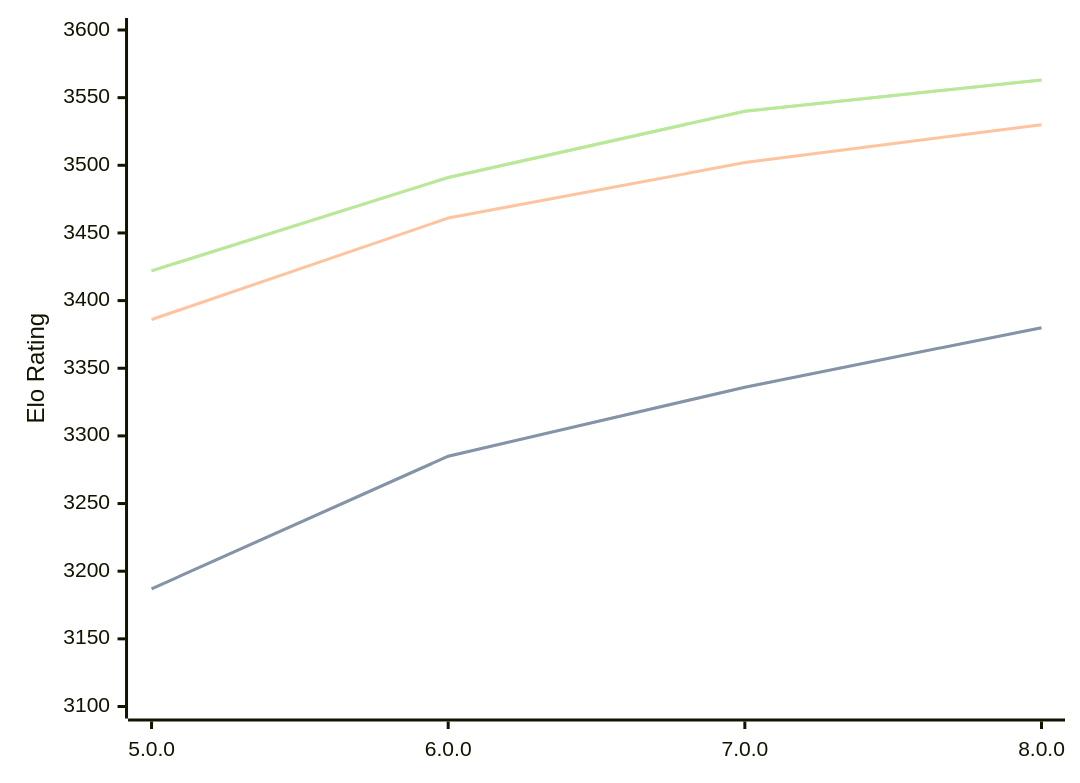
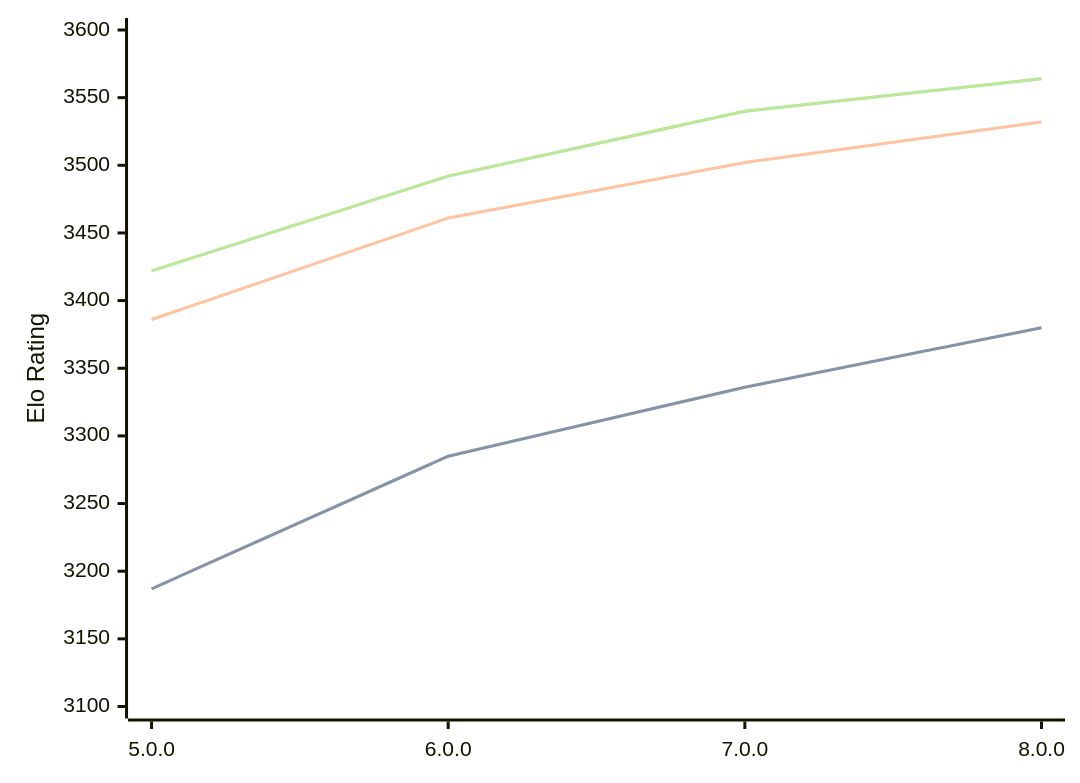
The diagram in engines/Stormphrax.md (computer-chess-index/cci), drawn with Mermaid before and after one commit. The commit also changed other lines of this file, not shown here.

Commit message:
Update CCI Ratings (ELO VLTC) - 2026-07-19

````diff
--- a/engines/Stormphrax.md
+++ b/engines/Stormphrax.md
@@ -39,11 +39,11 @@
 ```mermaid
 %%{init: {"theme":"base","themeVariables":{"seriesColors:['#a3a3a3','#222221','#faa371']}}}%%
 xychart-beta
   x-axis ["5.0.0", "6.0.0", "7.0.0", "8.0.0"]
   y-axis "Elo Rating" 3100 --> 3600
   line "STC (8.0+0.08s)" [3187, 3285, 3336, 3380]
   line "STC (8.0+0.08s)" [3187, 3285, 3336, 3380]
-  line "LTC (60.0+0.60s)" [3386, 3461, 3502, 3530]
-  line "VLTC (2m24s+1.12s)" [3422, 3491, 3540, 3563]
-  line "VLTC (2m24s+1.12s)" [3422, 3491, 3540, 3563]
+  line "LTC (60.0+0.60s)" [3386, 3461, 3502, 3532]
+  line "VLTC (2m24s+1.12s)" [3422, 3492, 3540, 3564]
+  line "VLTC (2m24s+1.12s)" [3422, 3492, 3540, 3564]
 ```
````
